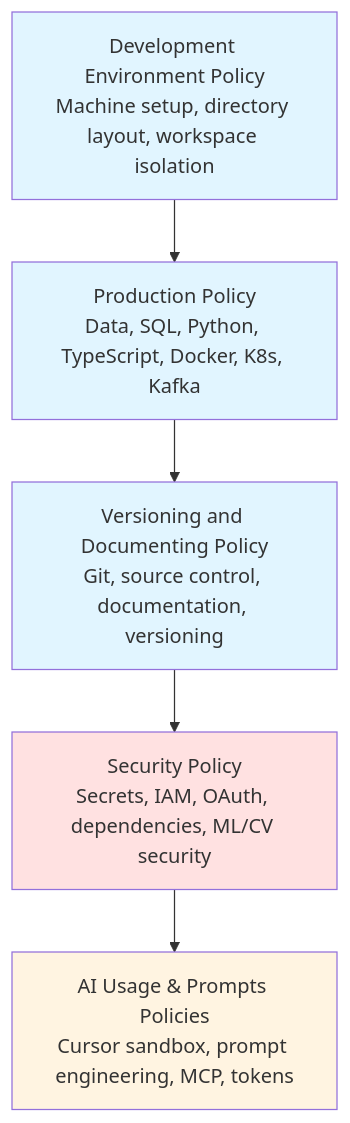
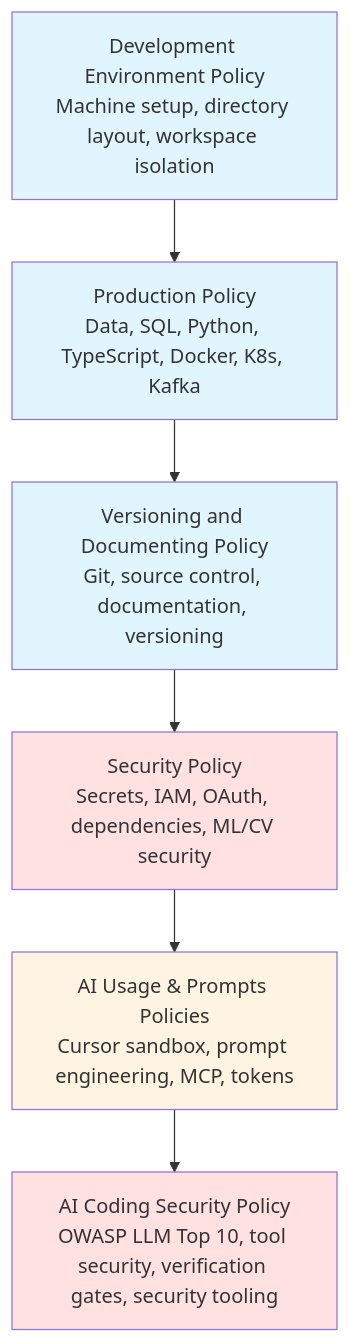
One commit to alfonsocruzvelasco/engineering-policies changed the diagram in README.md. Above: the diagram before and after it, drawn with Mermaid. The commit also changed other lines of this file and 1 other file, not shown here.

````diff
--- a/README.md
+++ b/README.md
@@ -139,13 +143,15 @@
 ```mermaid
 flowchart TD
     A[Development Environment Policy<br/>Machine setup, directory layout, workspace isolation] --> B[Production Policy<br/>Data, SQL, Python, TypeScript, Docker, K8s, Kafka]
     B --> C[Versioning and Documenting Policy<br/>Git, source control, documentation, versioning]
     C --> D[Security Policy<br/>Secrets, IAM, OAuth, dependencies, ML/CV security]
     D --> E[AI Usage & Prompts Policies<br/>Cursor sandbox, prompt engineering, MCP, tokens]
+    E --> F[AI Coding Security Policy<br/>OWASP LLM Top 10, tool security, verification gates, security tooling]
 
     style A fill:#e1f5ff
     style B fill:#e1f5ff
     style C fill:#e1f5ff
     style D fill:#ffe1e1
     style E fill:#fff4e1
+    style F fill:#ffe1e1
 ```
````
